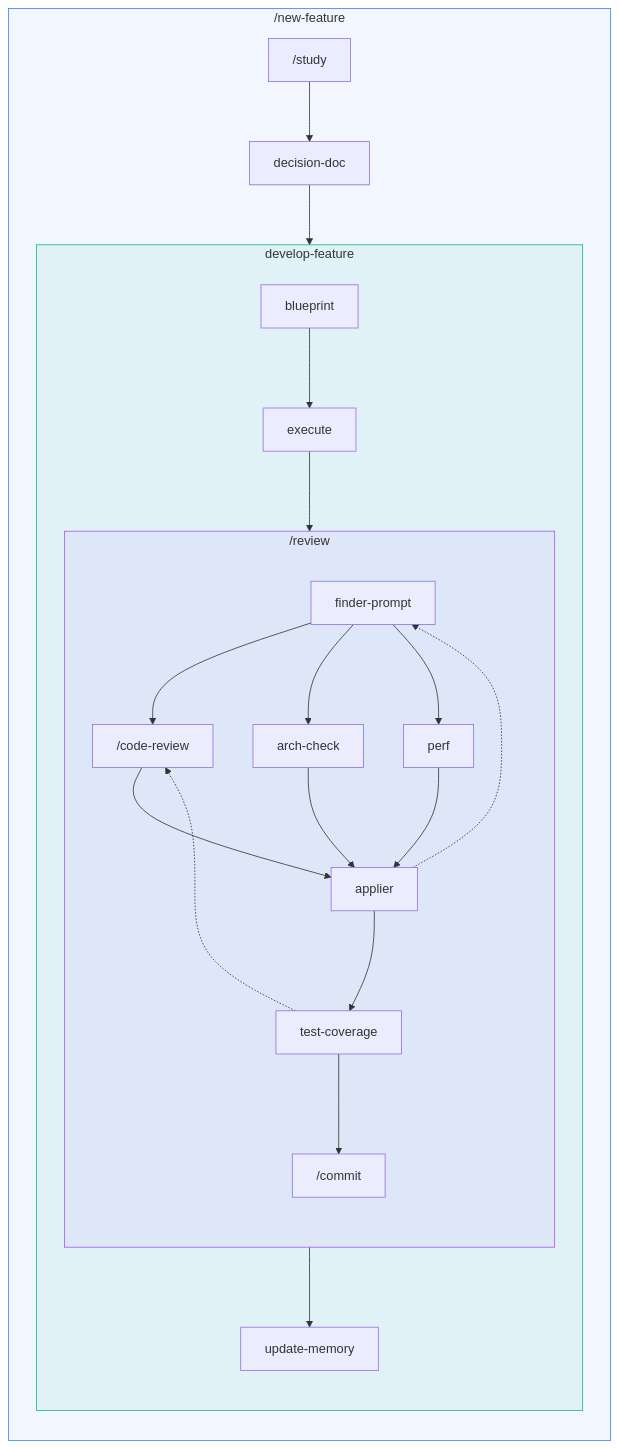
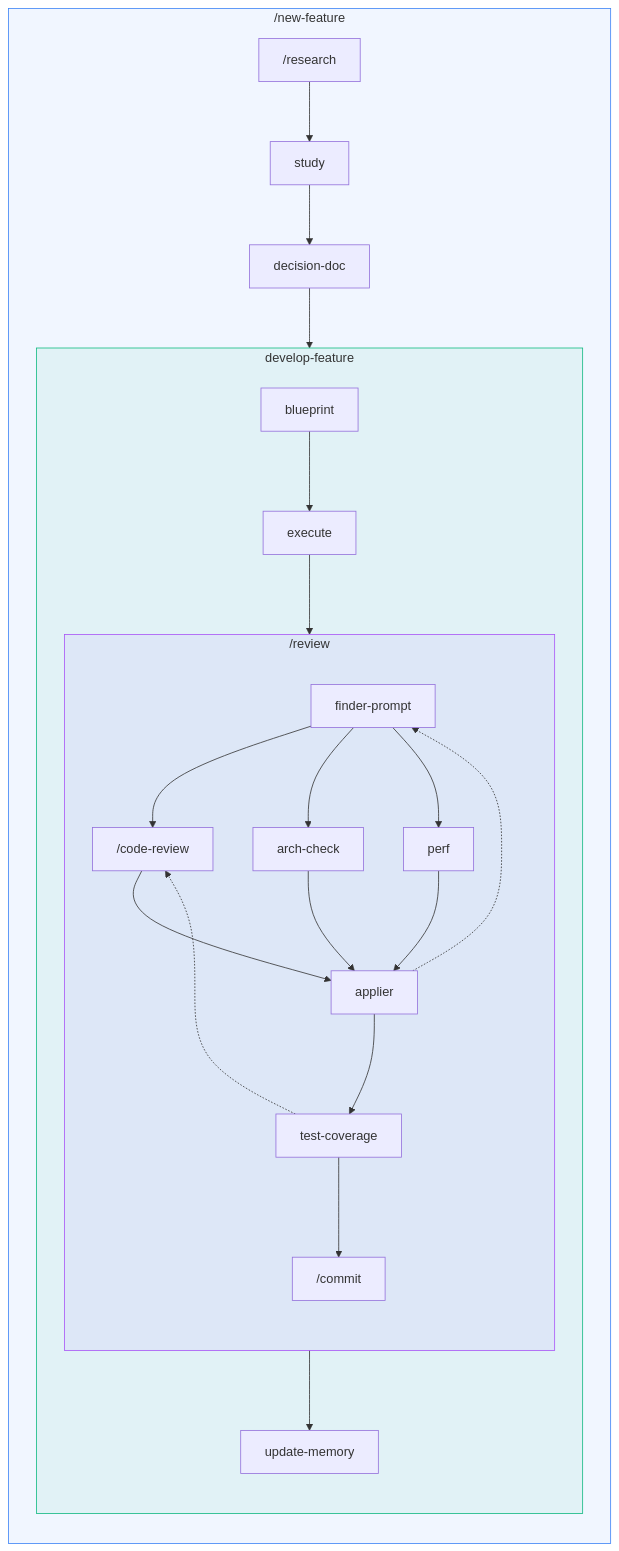
One commit to NicolaTomasoni/daiku changed the diagram in plugins/daiku/README.md. Above: the diagram before and after it, drawn with Mermaid. The commit also changed other lines of this file and 42 other files, not shown here.

````diff
--- a/plugins/daiku/README.md
+++ b/plugins/daiku/README.md
@@ -143,34 +144,34 @@
 ```mermaid
 flowchart TD
     subgraph NF["/new-feature"]
         direction TB
-        st["/study"] --> dd["decision-doc"]
+        rs["/research"] --> st["study"] --> dd["decision-doc"]
 
         subgraph DF["develop-feature"]
             direction TB
             bp["blueprint"] --> ex["execute"]
 
             subgraph RV["/review"]
                 direction TB
                 fp["finder-prompt"] --> cr["/code-review"]
                 fp --> ac["arch-check"]
                 fp --> pf["perf"]
                 cr --> ap["applier"]
                 ac --> ap
                 pf --> ap
                 ap --> tc["test-coverage"] --> cm["/commit"]
                 ap -.-> fp
                 tc -.-> cr
             end
 
             ex --> fp
             cm --> um["update-memory"]
         end
 
         dd --> bp
     end
 
     style NF fill:#3b82f612,stroke:#3b82f6
     style DF fill:#10b98112,stroke:#10b981
     style RV fill:#a855f712,stroke:#a855f7
 ```
````
